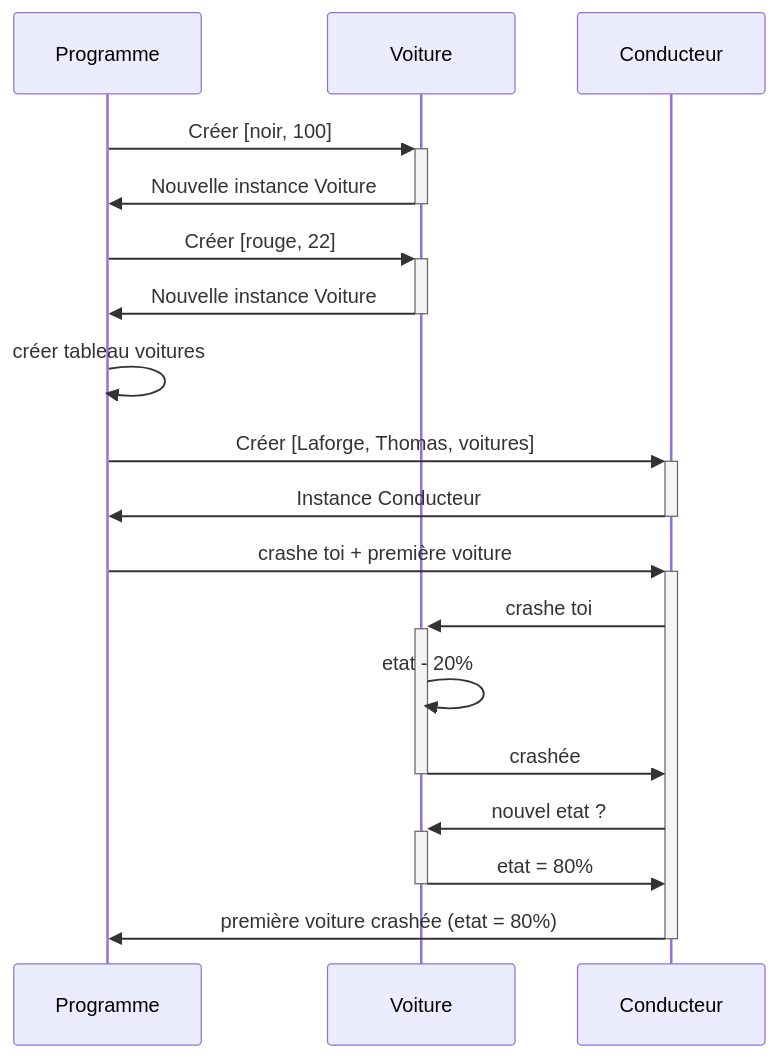
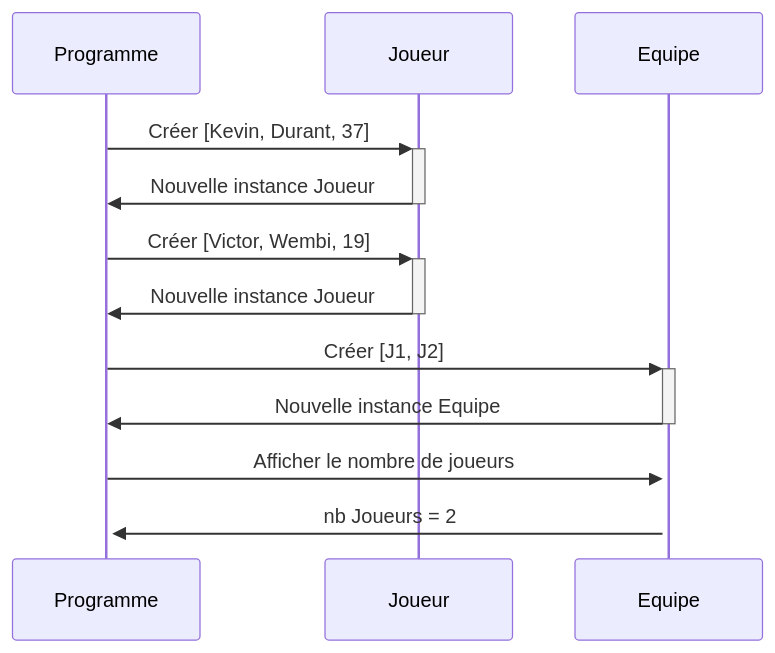
One commit to Calanfive/exo-basket changed the diagram in README.md. Above: the diagram before and after it, drawn with Mermaid.

Commit message:
sequenceDiagram

````diff
--- a/README.md
+++ b/README.md
@@ -32,17 +32,11 @@
 ```mermaid
 sequenceDiagram
-    Programme->>+Voiture: Créer [noir, 100]
-    Voiture->>-Programme: Nouvelle instance Voiture
-    Programme->>+Voiture: Créer [rouge, 22]
-    Voiture->>-Programme: Nouvelle instance Voiture
-    Programme->>Programme: créer tableau voitures
-    Programme->>+Conducteur: Créer [Laforge, Thomas, voitures]
-    Conducteur->>-Programme: Instance Conducteur
-    Programme->>+Conducteur: crashe toi + première voiture
-    Conducteur->>+Voiture: crashe toi
-    Voiture->>Voiture: etat - 20%
-    Voiture->>-Conducteur: crashée
-    Conducteur->>+Voiture: nouvel etat ?
-    Voiture->>-Conducteur: etat = 80%
-    Conducteur->>-Programme: première voiture crashée (etat = 80%)
+    Programme->>+Joueur: Créer [Kevin, Durant, 37]
+    Joueur->>-Programme: Nouvelle instance Joueur
+    Programme->>+Joueur: Créer [Victor, Wembi, 19]
+    Joueur->>-Programme: Nouvelle instance Joueur
+    Programme->>+Equipe: Créer [J1, J2]
+    Equipe->>-Programme: Nouvelle instance Equipe
+    Programme->>+Equipe: Afficher le nombre de joueurs
+    Equipe->>+Programme: nb Joueurs = 2
 ```
````
